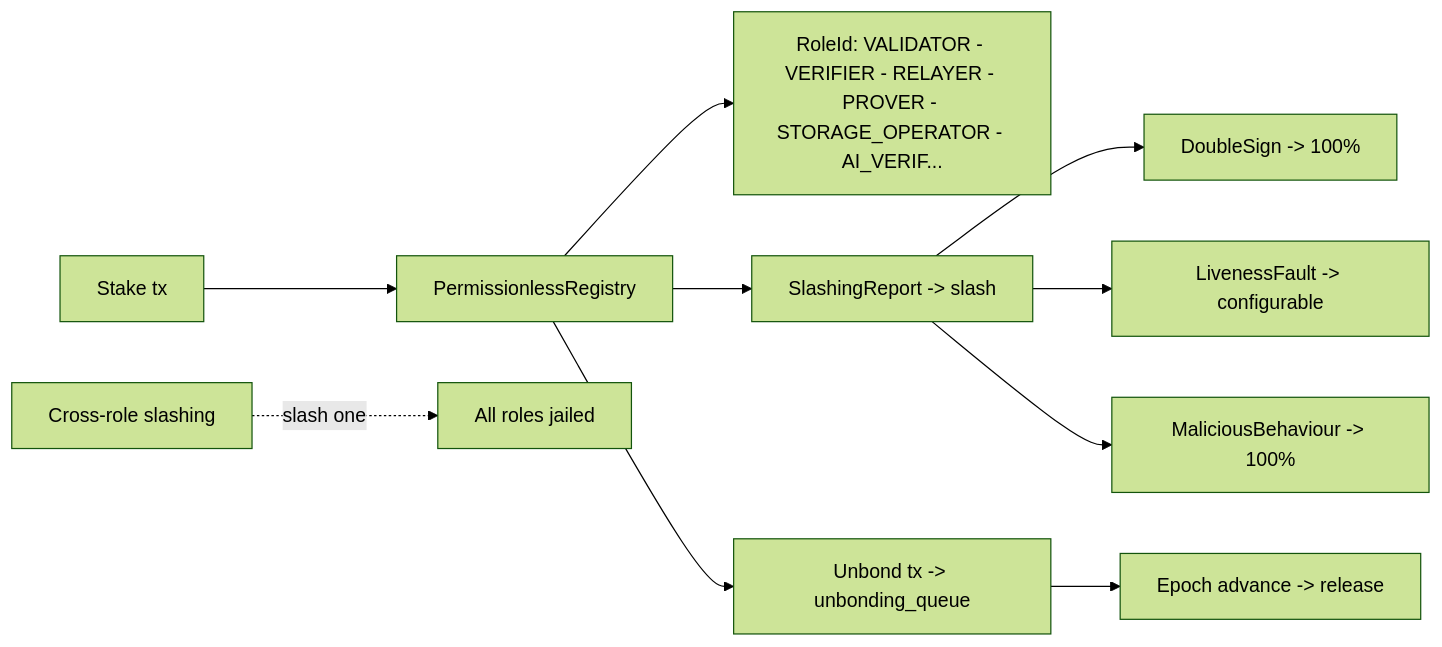
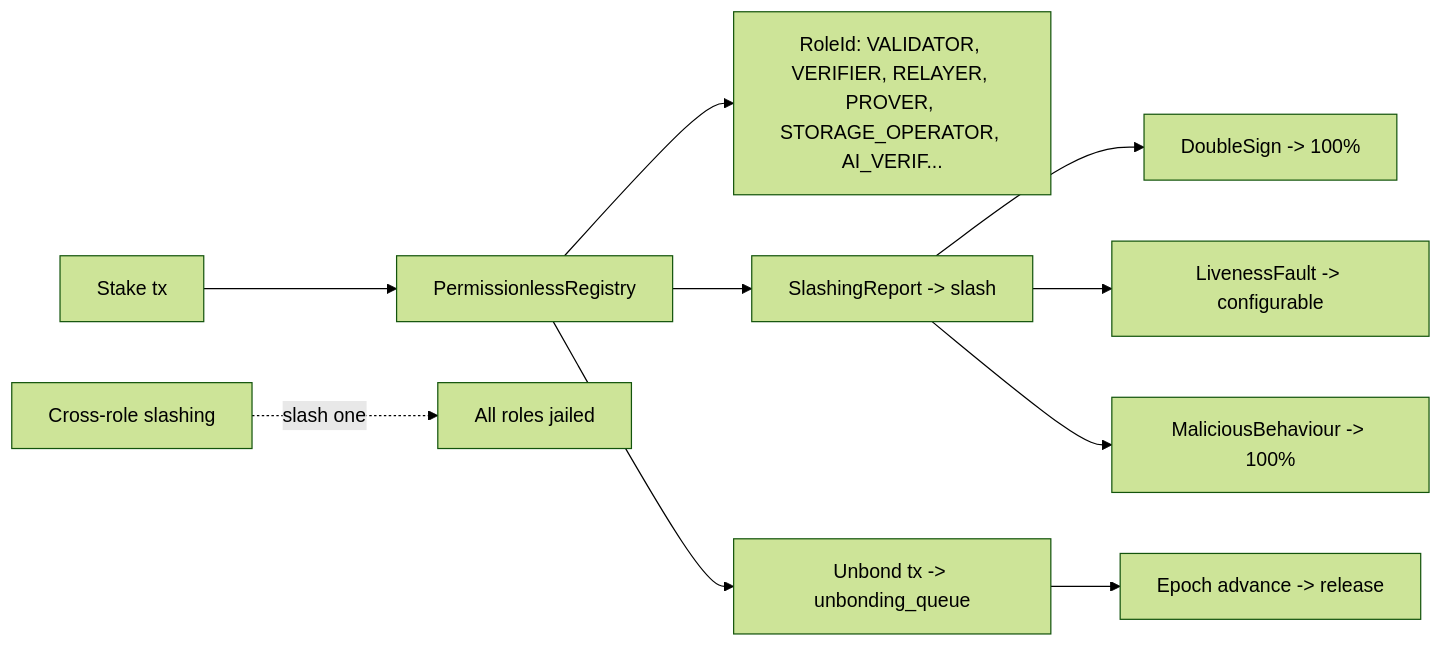
Before and after one commit to budlum-xyz/deneme: diagram 31 of 51 in ARCHITECTURE.md, drawn with Mermaid (forest theme). The commit also changed other lines of this file and 178 other files, not shown here.

````diff
--- a/ARCHITECTURE.md
+++ b/ARCHITECTURE.md
@@ -1058,12 +1058,12 @@
 ```mermaid
 flowchart LR
   Stake[Stake tx] --> Reg[PermissionlessRegistry]
-  Reg --> Roles[RoleId: VALIDATOR - VERIFIER - RELAYER - PROVER - STORAGE_OPERATOR - AI_VERIF...]
+  Reg --> Roles["RoleId: VALIDATOR, VERIFIER, RELAYER, PROVER, STORAGE_OPERATOR, AI_VERIF..."]
   Reg --> Slash[SlashingReport -> slash]
   Slash --> DoubleSign[DoubleSign -> 100%]
   Slash --> Liveness[LivenessFault -> configurable]
   Slash --> Malicious[MaliciousBehaviour -> 100%]
   Reg --> Unbond[Unbond tx -> unbonding_queue]
   Unbond --> Epoch[Epoch advance -> release]
   CrossRole[Cross-role slashing] -. slash one .-> AllRoles[All roles jailed]
 ```
````
